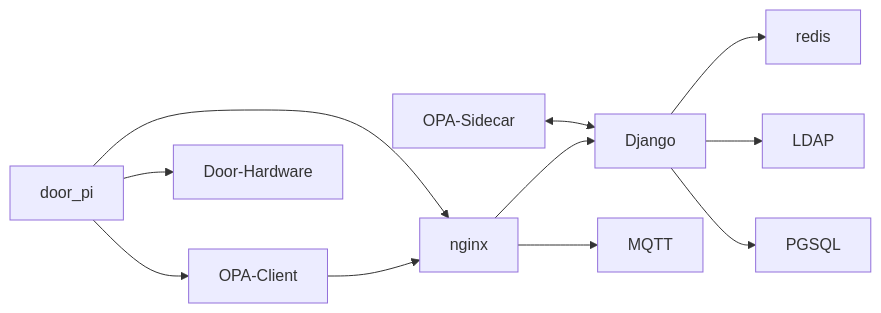
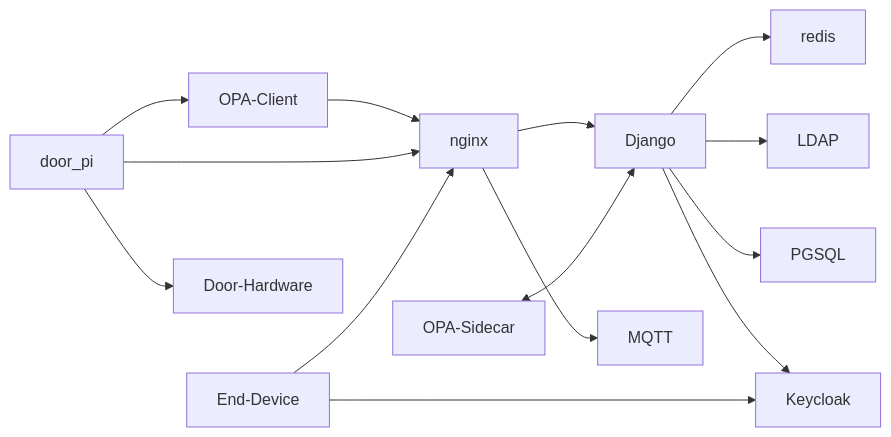
One commit to phi1010/django_application_framework changed the first of 2 diagrams in README.md. Above: the diagram before and after it, drawn with Mermaid.

````diff
--- a/README.md
+++ b/README.md
@@ -51,14 +51,17 @@
 ```mermaid
 flowchart LR
 
 nginx --> Django
 nginx --> MQTT
 OPA-Sidecar <--> Django
 OPA-Client --> nginx
 door_pi --> nginx
 Django --> redis
 Django --> LDAP
 Django --> PGSQL
+Django --> Keycloak
+End-Device --> nginx
+End-Device --> Keycloak
 door_pi --> Door-Hardware
 door_pi --> OPA-Client
 ```
````
